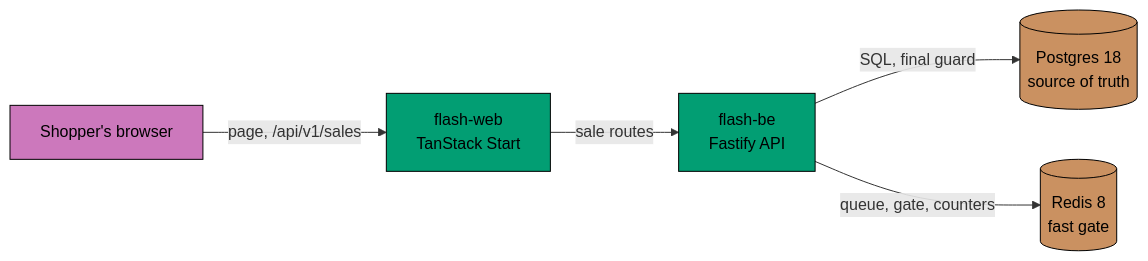
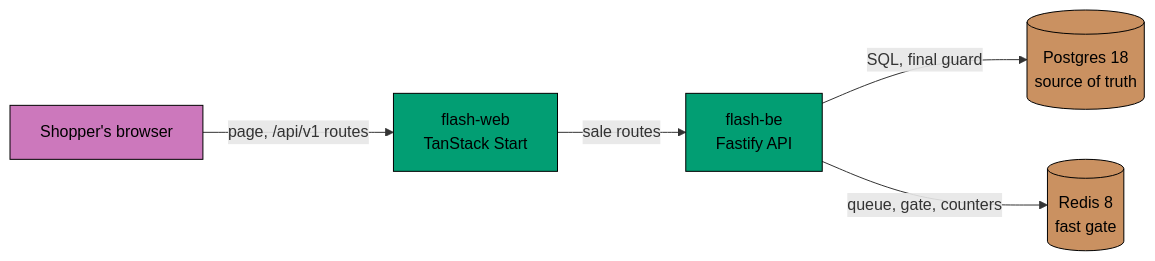
One commit to wahidyankf/coding-itv-js-flashsale changed the first of 3 diagrams in README.md. Above: the diagram before and after it, drawn with Mermaid. The commit also changed other lines of this file and 16 other files, not shown here.

````diff
--- a/README.md
+++ b/README.md
@@ -65,21 +64,21 @@
 ```mermaid
 flowchart LR
   accTitle: Flash sale system
   accDescr: A shopper's browser talks only to the web app. The web app renders the sale page and passes sale requests on to the API. The API reads and writes Postgres, which holds the truth, and uses Redis as a fast gate for the queue, the holds and the rate counters.
   browser["Shopper's browser"]
   web["flash-web<br/>TanStack Start"]
   be["flash-be<br/>Fastify API"]
   pg[("Postgres 18<br/>source of truth")]
   redis[("Redis 8<br/>fast gate")]
-  browser -->|page, /api/v1/sales| web
+  browser -->|page, /api/v1 routes| web
   web -->|sale routes| be
   be -->|SQL, final guard| pg
   be -->|queue, gate, counters| redis
   classDef person fill:#CC78BC,stroke:#000000,color:#000000
   classDef container fill:#029E73,stroke:#000000,color:#000000
   classDef store fill:#CA9161,stroke:#000000,color:#000000
   classDef default fill:#808080,stroke:#000000,color:#000000
   class browser person
   class web,be container
   class pg,redis store
 ```
````
